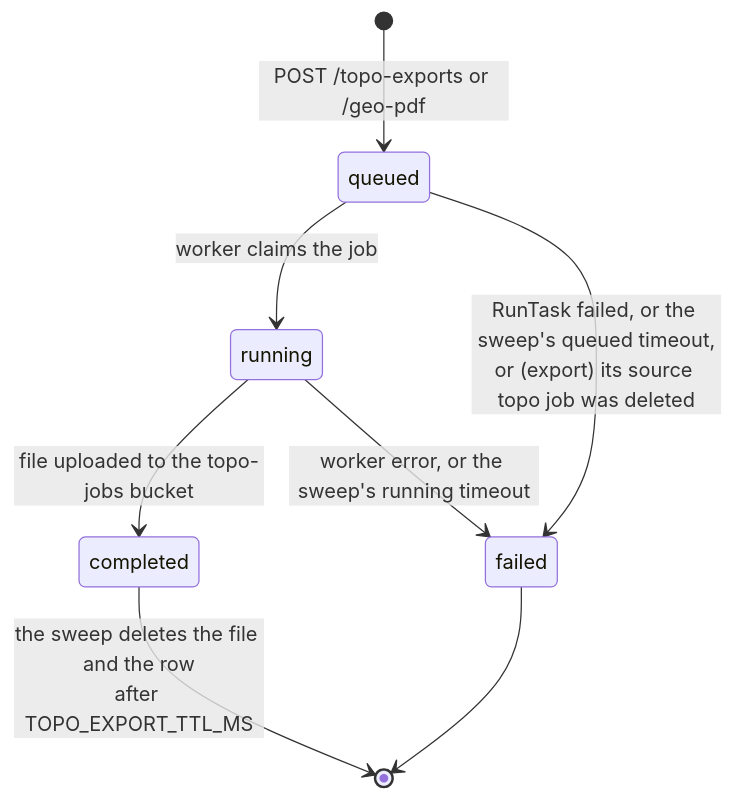
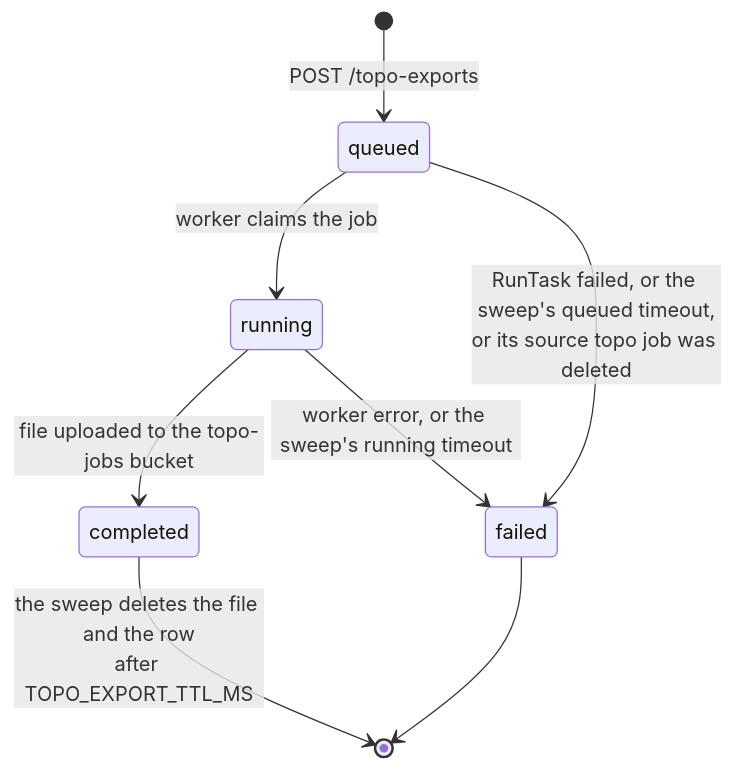
One commit to Zen-TM/logjam changed the fifth of 5 diagrams in docs/architecture.md. Above: the diagram before and after it, drawn with Mermaid. The commit also changed other lines of this file and 159 other files, not shown here.

````diff
--- a/docs/architecture.md
+++ b/docs/architecture.md
@@ -287,10 +288,10 @@
 ```mermaid
 stateDiagram-v2
-  [*] --> queued: POST /topo-exports or /geo-pdf
+  [*] --> queued: POST /topo-exports
   queued --> running: worker claims the job
-  queued --> failed: RunTask failed, or the sweep's queued timeout,<br/>or (export) its source topo job was deleted
+  queued --> failed: RunTask failed, or the sweep's queued timeout,<br/>or its source topo job was deleted
   running --> completed: file uploaded to the topo-jobs bucket
   running --> failed: worker error, or the sweep's running timeout
   completed --> [*]: the sweep deletes the file and the row<br/>after TOPO_EXPORT_TTL_MS
   failed --> [*]
 ```
````
